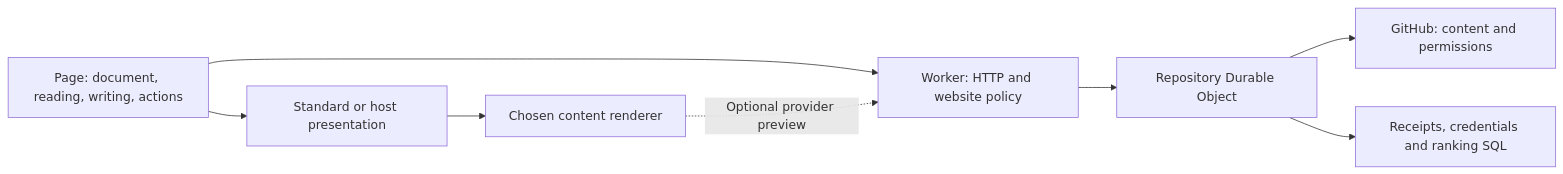
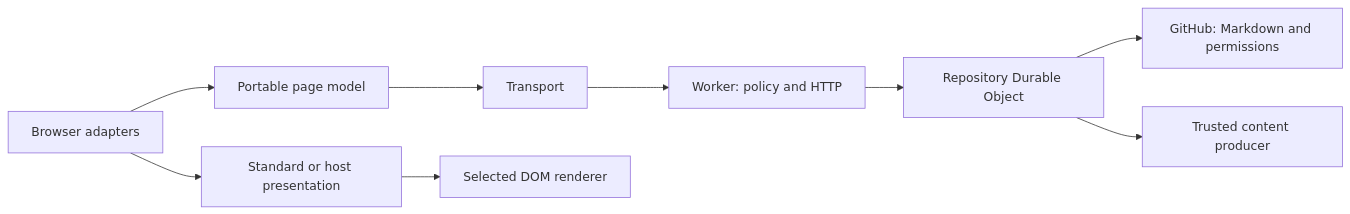
Before and after one commit to lumirth/giscusflare: the diagram in docs/DESIGN.md, drawn with Mermaid. The commit also changed other lines of this file and 67 other files, not shown here.

````diff
--- a/docs/DESIGN.md
+++ b/docs/DESIGN.md
@@ -5,10 +5,11 @@
 ```mermaid
 flowchart LR
-  Page[Page: document, reading, writing, actions] --> Worker[Worker: HTTP and website policy]
-  Worker --> Actor[Repository Durable Object]
-  Actor --> GitHub[GitHub: content and permissions]
-  Actor --> SQL[Receipts, credentials and ranking SQL]
-  Page --> View[Standard or host presentation]
-  View --> Content[Chosen content renderer]
-  Content -. Optional provider preview .-> Worker
+  Model[Portable page model] --> Transport[Transport]
+  Transport --> Worker[Worker: policy and HTTP]
+  Worker --> Repository[Repository Durable Object]
+  Repository --> GitHub[GitHub: Markdown and permissions]
+  Repository --> Producer[Trusted content producer]
+  Browser[Browser adapters] --> Model
+  Browser --> Presentation[Standard or host presentation]
+  Presentation --> Content[Selected DOM renderer]
 ```
````
